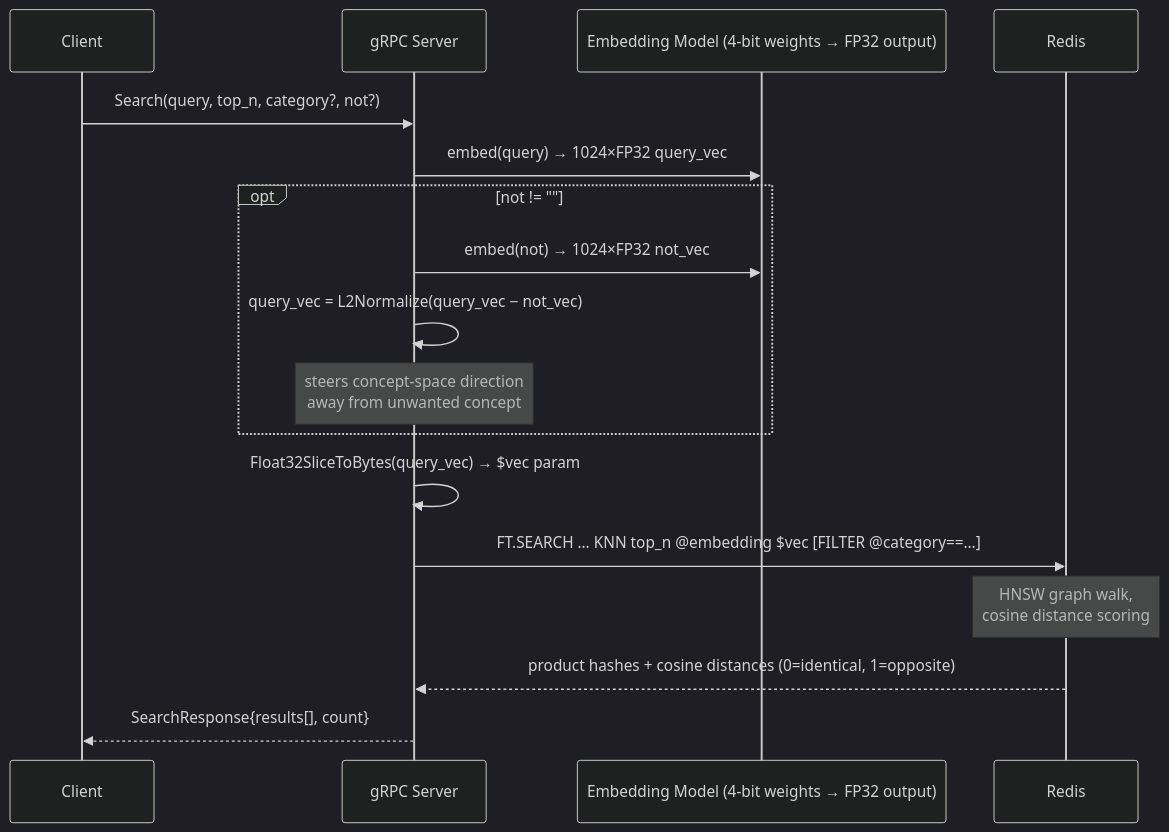
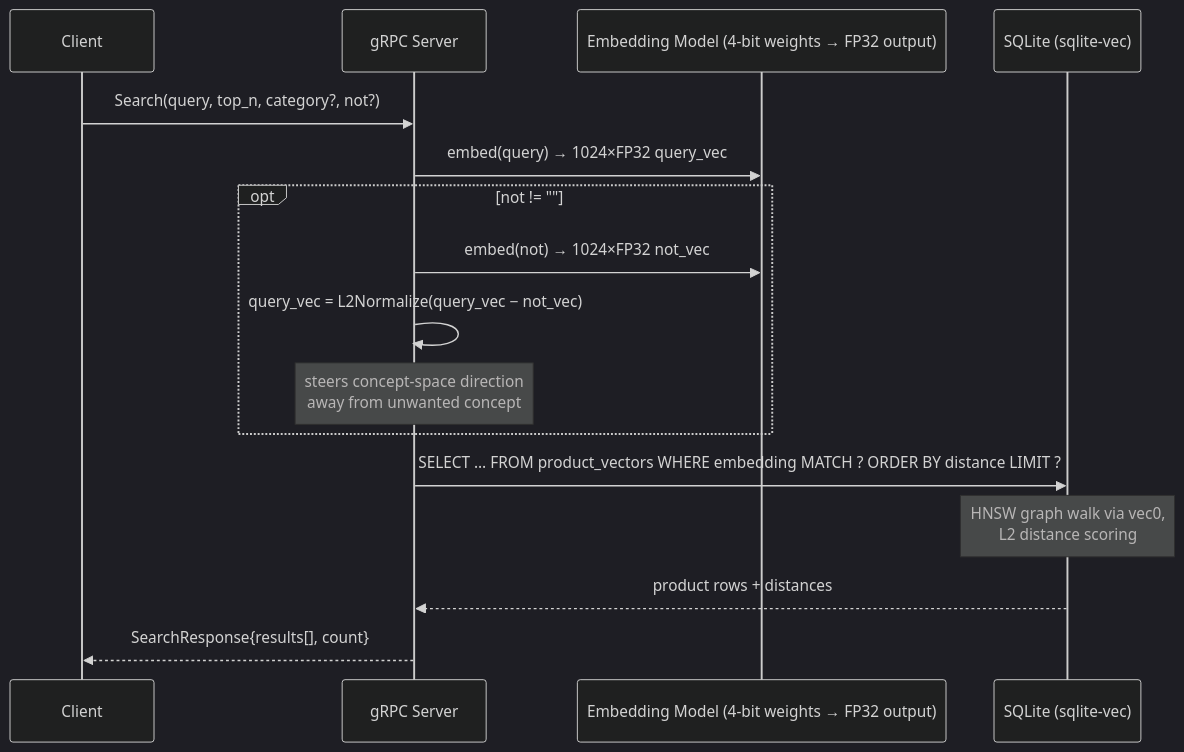
One commit to joshdurbin/redis_vector_search_poc changed the third of 3 diagrams in README.md. Above: the diagram before and after it, drawn with Mermaid (dark theme). The commit also changed other lines of this file and 25 other files, not shown here.

Commit message:
sqlite vector search version

````diff
--- a/README.md
+++ b/README.md
@@ -51,20 +51,19 @@
 ```mermaid
 sequenceDiagram
     participant C as Client
     participant S as gRPC Server
     participant E as Embedding Model (4-bit weights → FP32 output)
-    participant R as Redis
+    participant DB as SQLite (sqlite-vec)
 
     C->>S: Search(query, top_n, category?, not?)
     S->>E: embed(query) → 1024×FP32 query_vec
     opt not != ""
         S->>E: embed(not) → 1024×FP32 not_vec
         S->>S: query_vec = L2Normalize(query_vec − not_vec)
         note over S: steers concept-space direction<br/>away from unwanted concept
     end
-    S->>S: Float32SliceToBytes(query_vec) → $vec param
-    S->>R: FT.SEARCH … KNN top_n @embedding $vec [FILTER @category==…]
-    note over R: HNSW graph walk,<br/>cosine distance scoring
-    R-->>S: product hashes + cosine distances (0=identical, 1=opposite)
+    S->>DB: SELECT … FROM product_vectors WHERE embedding MATCH ? ORDER BY distance LIMIT ?
+    note over DB: HNSW graph walk via vec0,<br/>L2 distance scoring
+    DB-->>S: product rows + distances
     S-->>C: SearchResponse{results[], count}
 ```
````
